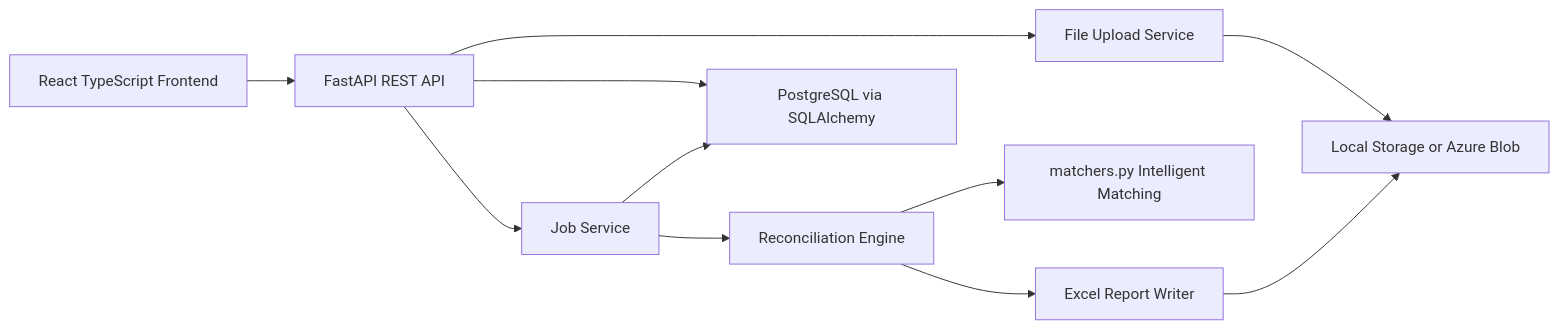
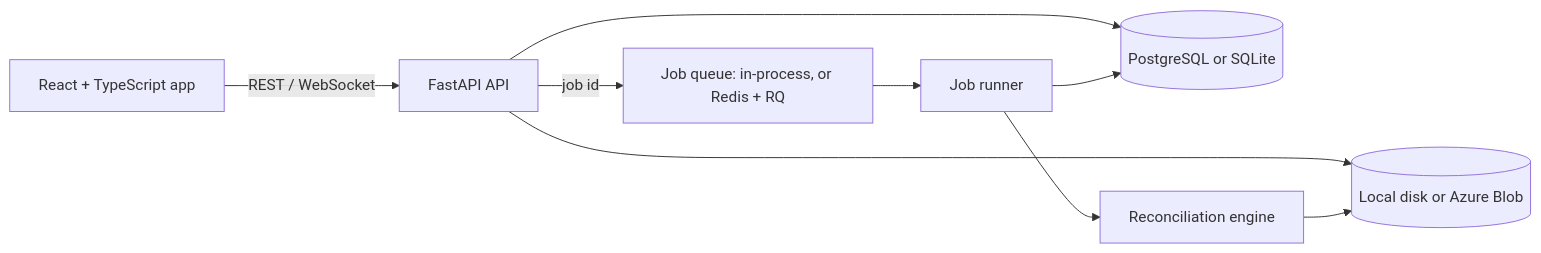
Before and after one commit to jagdevs646/RecliQ: the first of 2 diagrams in docs/architecture.md, drawn with Mermaid. The commit also changed other lines of this file and 7 other files, not shown here.

````diff
--- a/docs/architecture.md
+++ b/docs/architecture.md
@@ -5,13 +5,11 @@
 ```mermaid
 flowchart LR
-    Browser["React TypeScript Frontend"] --> API["FastAPI REST API"]
-    API --> Jobs["Job Service"]
-    API --> Files["File Upload Service"]
-    Files --> Storage["Local Storage or Azure Blob"]
-    Jobs --> Engine["Reconciliation Engine"]
-    Engine --> Matchers["matchers.py Intelligent Matching"]
-    Engine --> Reports["Excel Report Writer"]
-    Reports --> Storage
-    API --> DB["PostgreSQL via SQLAlchemy"]
-    Jobs --> DB
+    Browser["React + TypeScript app"] -->|REST / WebSocket| API["FastAPI API"]
+    API --> DB[("PostgreSQL or SQLite")]
+    API --> Storage[("Local disk or Azure Blob")]
+    API -->|job id| Queue["Job queue: in-process, or Redis + RQ"]
+    Queue --> Worker["Job runner"]
+    Worker --> Engine["Reconciliation engine"]
+    Engine --> Storage
+    Worker --> DB
 ```
````
